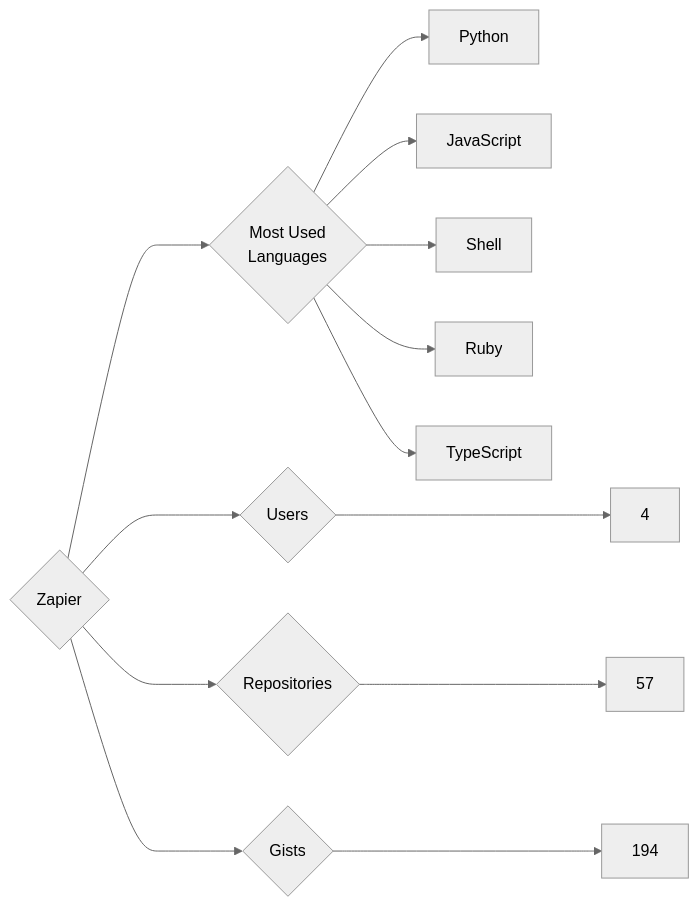
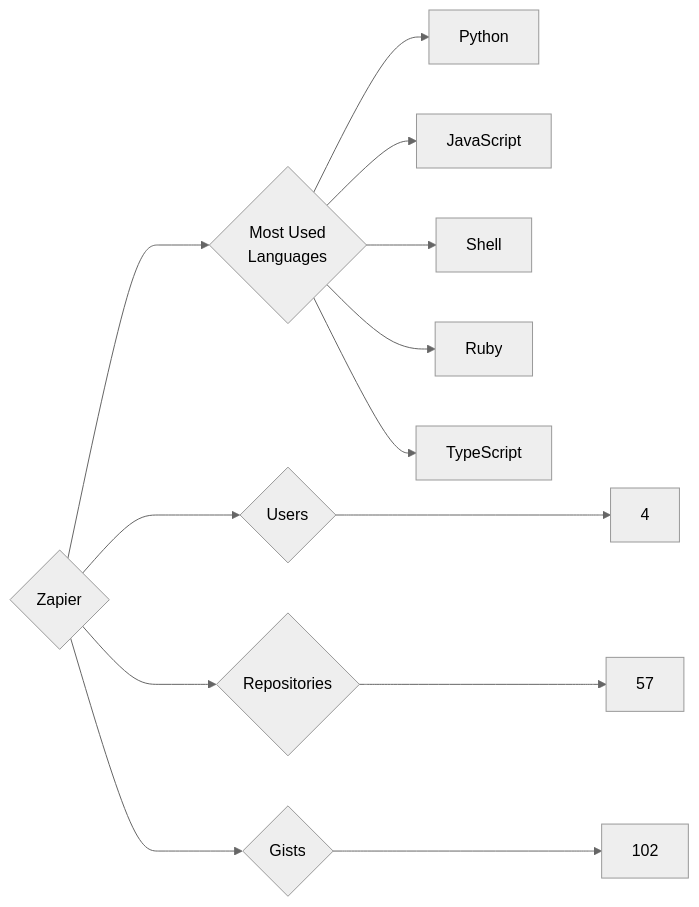
The diagram in targets/Zapier/README.md (trickest/insiders), drawn with Mermaid (neutral theme) before and after one commit. The commit also changed 765 other files, not shown here.

````diff
--- a/targets/Zapier/README.md
+++ b/targets/Zapier/README.md
@@ -3,13 +3,13 @@
 ```mermaid
 graph LR
 COMPANY_NAME{Zapier}
 COMPANY_NAME ---> U{Users} ---> UN[4]
 COMPANY_NAME ---> R{Repositories} ---> RN[57]
-COMPANY_NAME ---> G{Gists} ---> GN[194]
+COMPANY_NAME ---> G{Gists} ---> GN[102]
 COMPANY_NAME ---> ML{Most Used<br>Languages}
 ML --> Python[Python]
 ML --> JavaScript[JavaScript]
 ML --> Shell[Shell]
 ML --> Ruby[Ruby]
 ML --> TypeScript[TypeScript]
 ```
````
